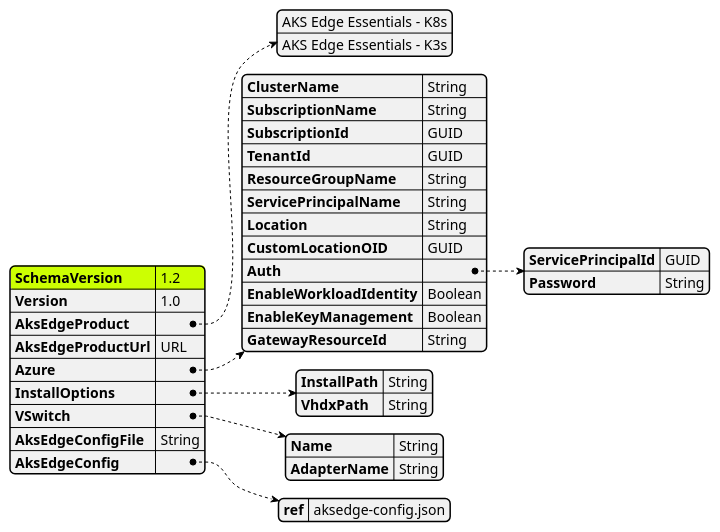
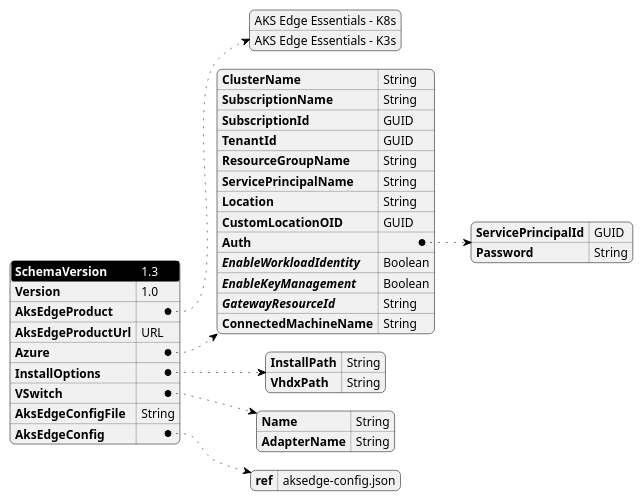
One commit to Azure/AKS-Edge changed the diagram in tools/modules/AksEdgeDeploy/aide-userconfig.puml. Above: the diagram before and after it, drawn with PlantUML. The commit also changed 9 other files, not shown here.

```diff
--- a/tools/modules/AksEdgeDeploy/aide-userconfig.puml
+++ b/tools/modules/AksEdgeDeploy/aide-userconfig.puml
@@ -1,64 +1,65 @@
 @startjson AksEdgeDeploy
 <style>
 jsonDiagram {
     node {
         FontSize 12
         RoundCorner 10
         LineThickness 0.5
         separator {
             LineThickness 0.25
         }
     }
     arrow {
         LineThickness 0.5
-        LineStyle 2;6
+        LineStyle 2,6
     }
     highlight {
         BackgroundColor black
         FontColor White
     }
 }
 </style>
 #highlight "SchemaVersion"
 {
-    "SchemaVersion":"1.2",
+    "SchemaVersion":"1.3",
     "Version":"1.0",
     "AksEdgeProduct" : [
                 "AKS Edge Essentials - K8s",
                 "AKS Edge Essentials - K3s"
             ],
     "AksEdgeProductUrl" : "URL",
     "Azure":{
         "ClusterName":"String",
         "SubscriptionName":"String",
         "SubscriptionId": "GUID",
         "TenantId":"GUID",
         "ResourceGroupName": "String",
         "ServicePrincipalName" : "String",
         "Location" : "String",
         "CustomLocationOID":"GUID",
         "Auth": {
             "ServicePrincipalId" : "GUID",
             "Password" : "String"
         },
-        "EnableWorkloadIdentity" : "Boolean",
-        "EnableKeyManagement" : "Boolean",
-        "GatewayResourceId": "String"
+        "//EnableWorkloadIdentity//" : "Boolean",
+        "//EnableKeyManagement//" : "Boolean",
+        "//GatewayResourceId//": "String",
+        "ConnectedMachineName": "String"
     }
     ,
     "InstallOptions":{
         "InstallPath":"String",
         "VhdxPath":"String"
     }
     ,
     "VSwitch": {
         "Name": "String",
         "AdapterName": "String"
     }
     ,
     "AksEdgeConfigFile":"String",
     "AksEdgeConfig":{
         "ref" :"aksedge-config.json"
     }
 }
 @endjson
```
